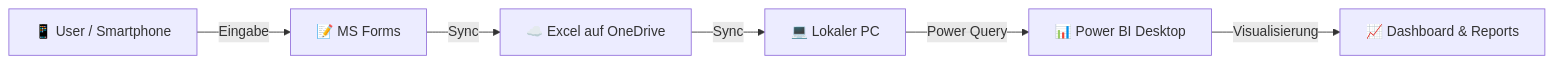
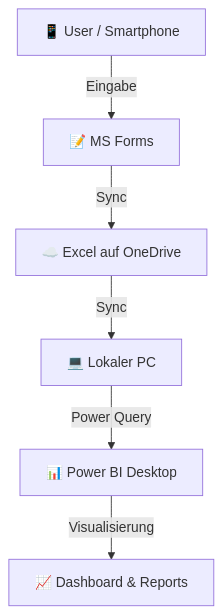
One commit to AndreasTraut/Personal-Fitness-BI changed the diagram in README.md. Above: the diagram before and after it, drawn with Mermaid. The commit also changed other lines of this file, not shown here.

Commit message:
Enhance README with automated data flow diagram and detailed processing steps

````diff
--- a/README.md
+++ b/README.md
@@ -35,8 +39,8 @@
 ```mermaid
-graph LR
+graph TD
     User[📱 User / Smartphone] -->|Eingabe| Forms[📝 MS Forms]
     Forms -->|Sync| Excel[☁️ Excel auf OneDrive]
     Excel -->|Sync| Local[💻 Lokaler PC]
     Local -->|Power Query| PBI[📊 Power BI Desktop]
     PBI -->|Visualisierung| Dash[📈 Dashboard & Reports]
 ```
````
